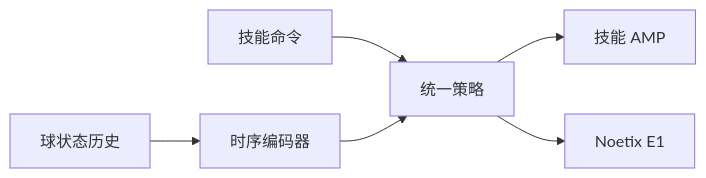
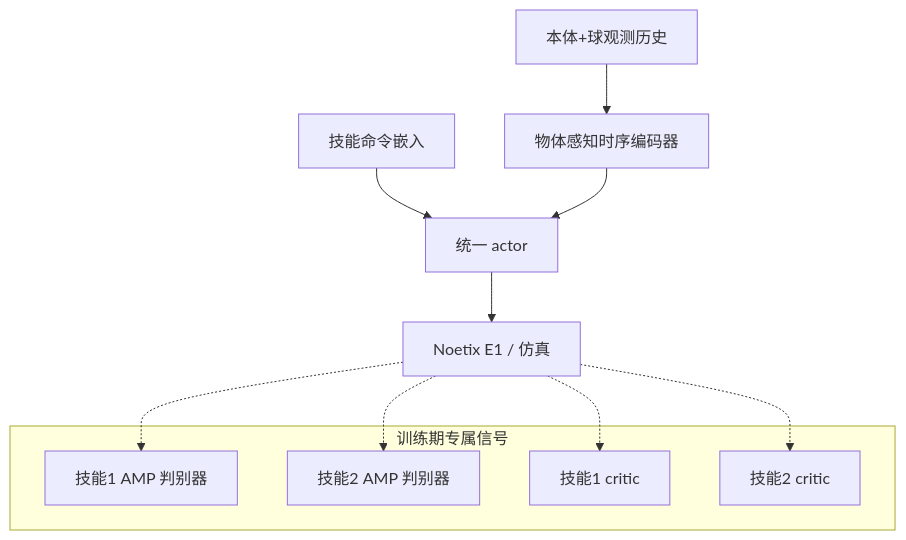
The diagram in wiki/entities/paper-skillx-humanoid-soccer.md (ImChong/Robotics_Notebooks), drawn with Mermaid before and after one commit. The commit also changed other lines of this file and 11 other files, not shown here.

````diff
--- a/wiki/entities/paper-skillx-humanoid-soccer.md
+++ b/wiki/entities/paper-skillx-humanoid-soccer.md
@@ -49,8 +59,17 @@
 ```mermaid
-flowchart LR
-  cmd[技能命令] --> policy[统一策略]
-  ball[球状态历史] --> enc[时序编码器]
-  enc --> policy
-  policy --> amp[技能 AMP]
-  policy --> e1[Noetix E1]
+flowchart TB
+  cmd[技能命令嵌入] --> actor[统一 actor]
+  hist[本体+球观测历史] --> enc[物体感知时序编码器]
+  enc --> actor
+  actor --> e1[Noetix E1 / 仿真]
+  subgraph train [训练期专属信号]
+    amp1[技能1 AMP 判别器]
+    amp2[技能2 AMP 判别器]
+    crit1[技能1 critic]
+    crit2[技能2 critic]
+  end
+  e1 -.-> amp1
+  e1 -.-> amp2
+  e1 -.-> crit1
+  e1 -.-> crit2
 ```
````
